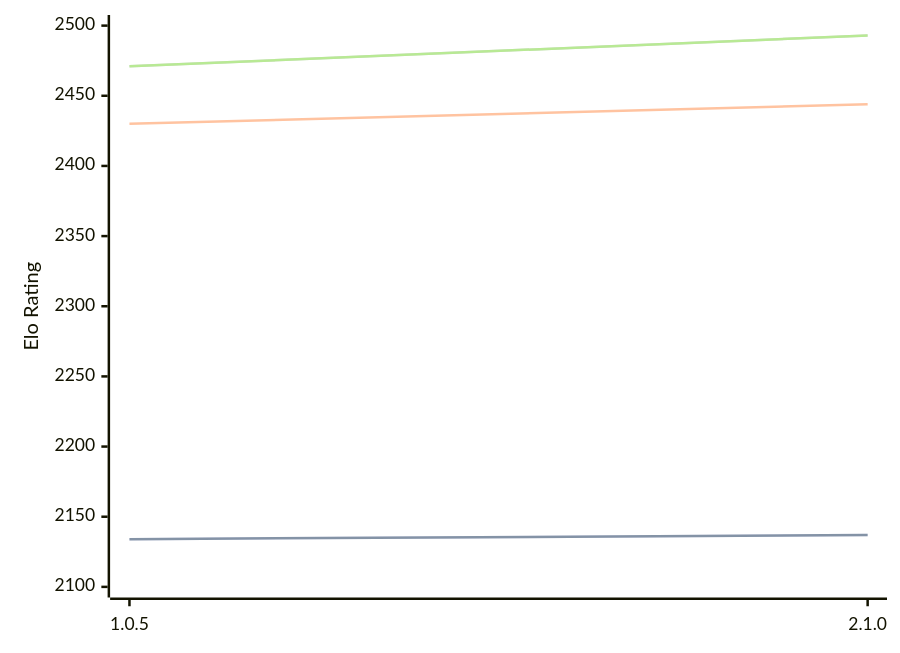
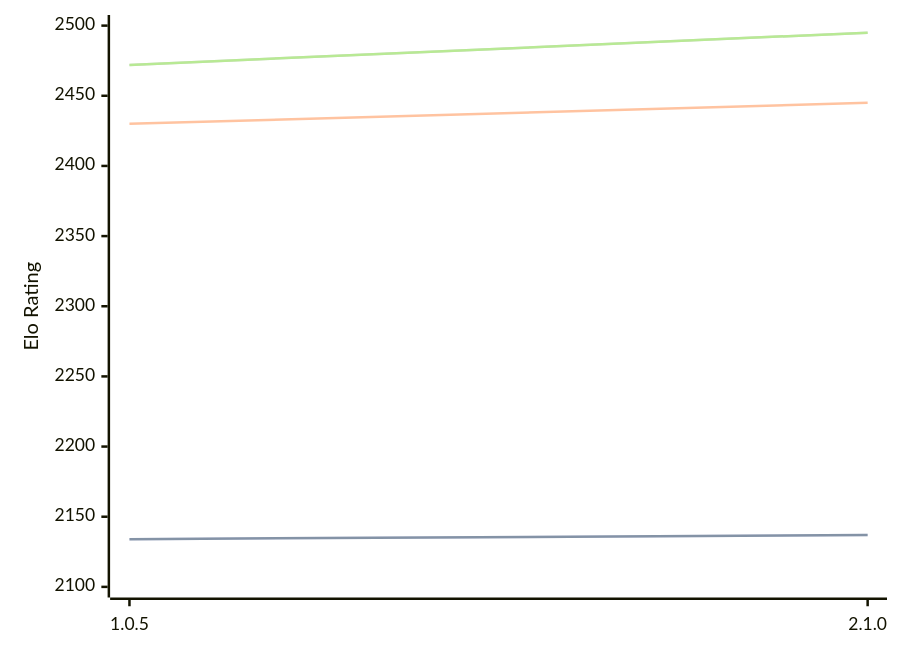
The diagram in engines/Ruffian.md (computer-chess-index/cci), drawn with Mermaid before and after one commit. The commit also changed other lines of this file, not shown here.

Commit message:
Update CCI Ratings (ELO VLTC) - 2026-06-11

````diff
--- a/engines/Ruffian.md
+++ b/engines/Ruffian.md
@@ -32,11 +32,11 @@
 ```mermaid
 %%{init: {"theme":"base","themeVariables":{"seriesColors:['#a3a3a3','#222221','#faa371']}}}%%
 xychart-beta
   x-axis ["1.0.5", "2.1.0"]
   y-axis "Elo Rating" 2100 --> 2500
   line "STC (8.0+0.08s)" [2134, 2137]
   line "STC (8.0+0.08s)" [2134, 2137]
-  line "LTC (60.0+0.60s)" [2430, 2444]
-  line "VLTC (2m24s+1.12s)" [2471, 2493]
-  line "VLTC (2m24s+1.12s)" [2471, 2493]
+  line "LTC (60.0+0.60s)" [2430, 2445]
+  line "VLTC (2m24s+1.12s)" [2472, 2495]
+  line "VLTC (2m24s+1.12s)" [2472, 2495]
 ```
````
